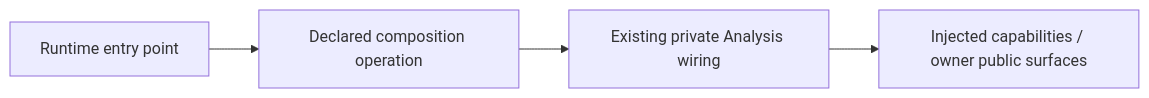
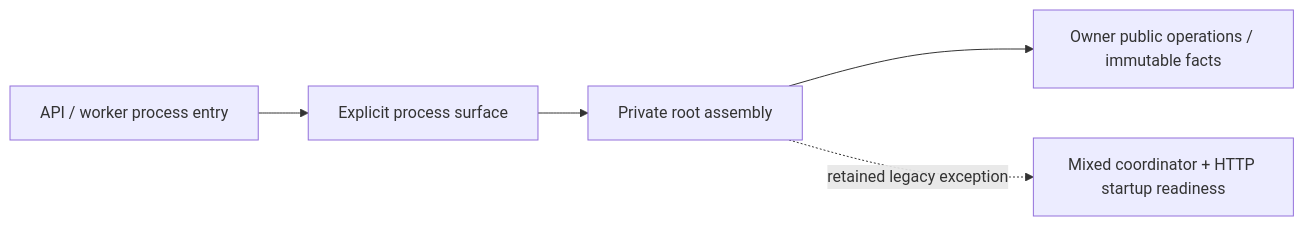
One commit to aaweaver-actuary/tempo changed the diagram in backend/app/product_composition/interfaces/README.md. Above: the diagram before and after it, drawn with Mermaid. The commit also changed other lines of this file and 31 other files, not shown here.

Commit message:
Route component callers and isolate worker assembly behind process entry points

````diff
--- a/backend/app/product_composition/interfaces/README.md
+++ b/backend/app/product_composition/interfaces/README.md
@@ -9,6 +15,7 @@
 ```mermaid
 flowchart LR
-  Entry["Runtime entry point"] --> Public["Declared composition operation"]
-  Public --> Wiring["Existing private Analysis wiring"]
-  Wiring --> Owners["Injected capabilities / owner public surfaces"]
+  Entry["API / worker process entry"] --> Public["Explicit process surface"]
+  Public --> Wiring["Private root assembly"]
+  Wiring --> Owners["Owner public operations / immutable facts"]
+  Wiring -. "retained legacy exception" .-> Mixed["Mixed coordinator + HTTP startup readiness"]
 ```
````
